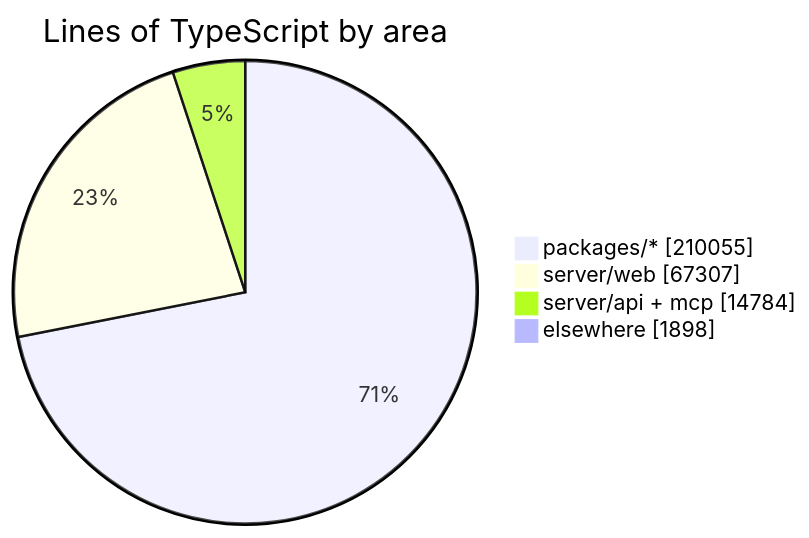
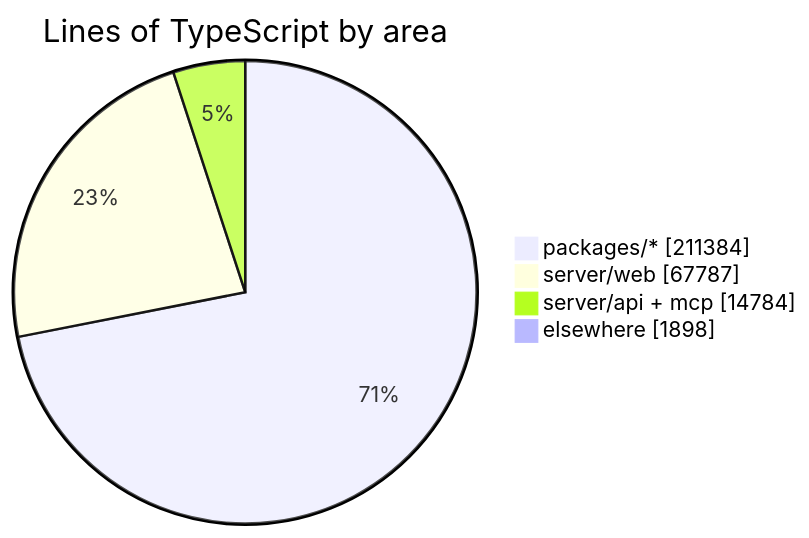
One commit to crossworks-engineering/mantle changed the diagram in README.md. Above: the diagram before and after it, drawn with Mermaid. The commit also changed other lines of this file and 2 other files, not shown here.

````diff
--- a/README.md
+++ b/README.md
@@ -287,7 +287,7 @@
 ```mermaid
 pie showData title Lines of TypeScript by area
-    "packages/*" : 210055
-    "server/web" : 67307
+    "packages/*" : 211384
+    "server/web" : 67787
     "server/api + mcp" : 14784
     "elsewhere" : 1898
 ```
````
